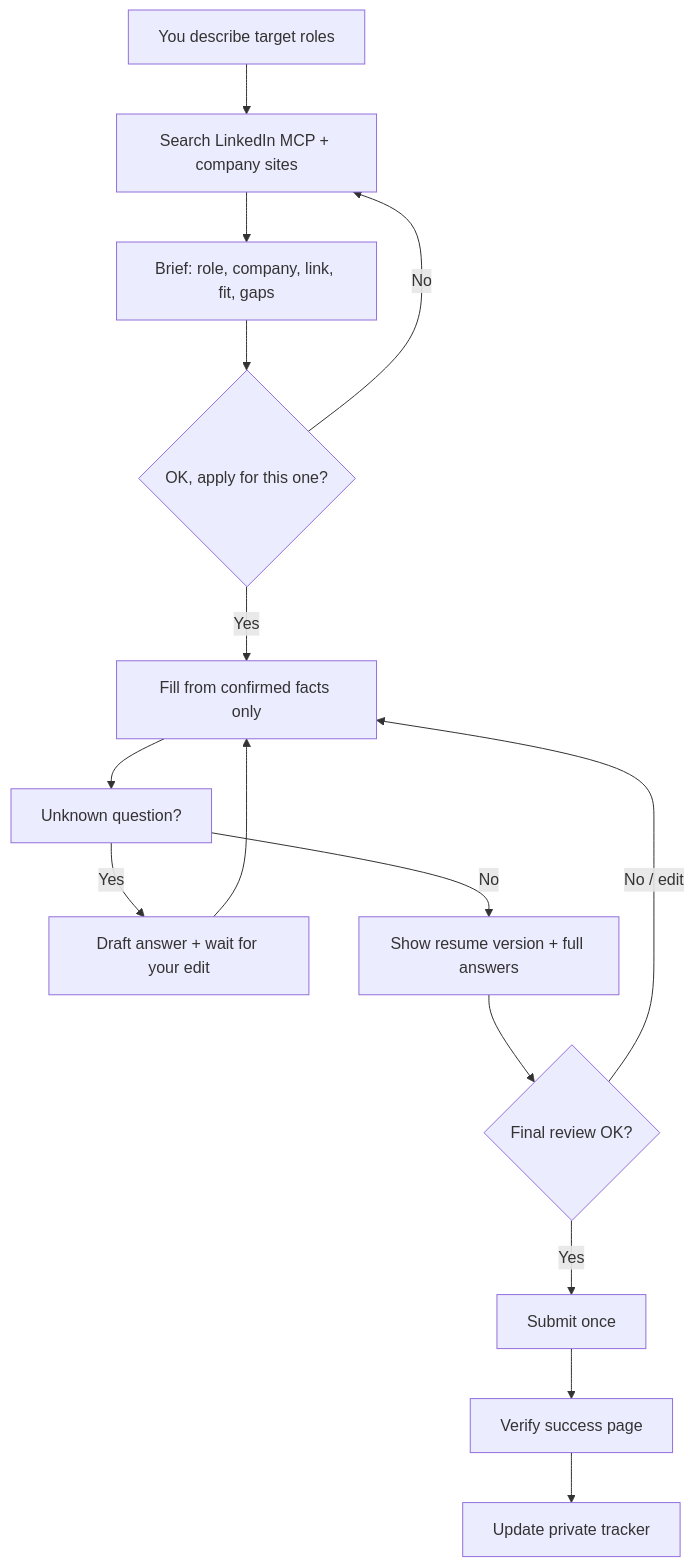
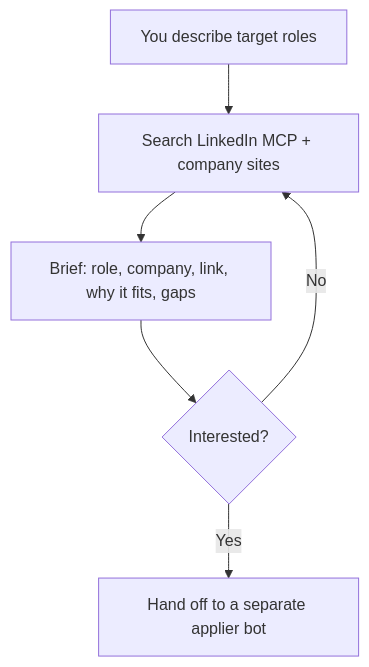
The diagram in README.md (simo255/jobfather), drawn with Mermaid before and after one commit. The commit also changed other lines of this file and 3 other files, not shown here.

Commit message:
Make JobFather scout-only; applying moves to a separate bot

````diff
--- a/README.md
+++ b/README.md
@@ -11,17 +11,8 @@
 ```mermaid
 flowchart TD
   A[You describe target roles] --> B[Search LinkedIn MCP + company sites]
-  B --> C[Brief: role, company, link, fit, gaps]
-  C --> D{OK, apply for this one?}
+  B --> C[Brief: role, company, link, why it fits, gaps]
+  C --> D{Interested?}
   D -->|No| B
-  D -->|Yes| E[Fill from confirmed facts only]
-  E --> F[Unknown question?]
-  F -->|Yes| G[Draft answer + wait for your edit]
-  G --> E
-  F -->|No| H[Show resume version + full answers]
-  H --> I{Final review OK?}
-  I -->|No / edit| E
-  I -->|Yes| J[Submit once]
-  J --> K[Verify success page]
-  K --> L[Update private tracker]
+  D -->|Yes| E[Hand off to a separate applier bot]
 ```
````
